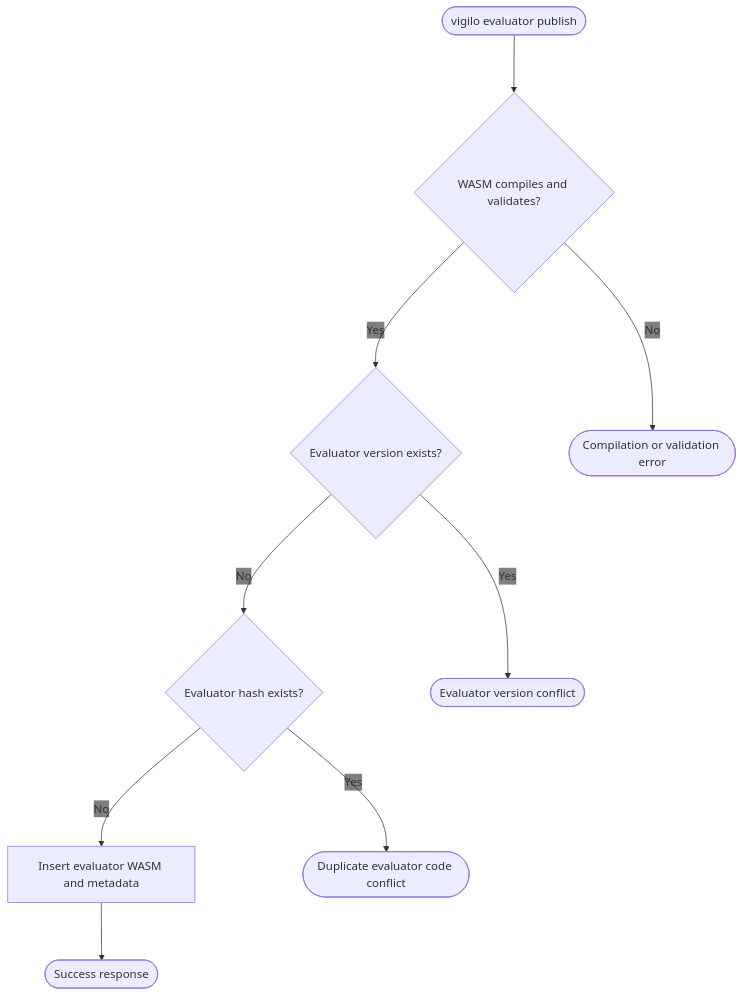
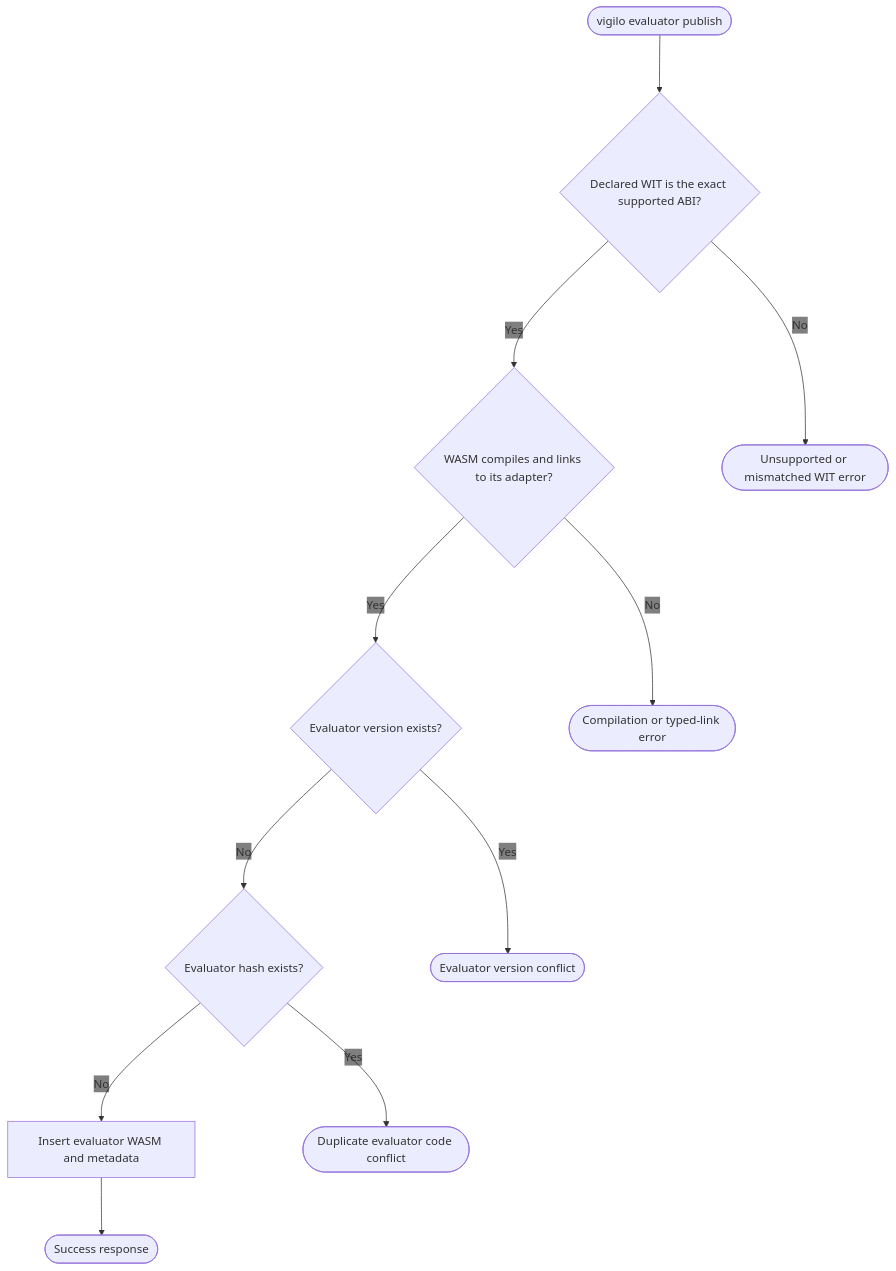
Before and after one commit to gregl83/agent-vigilo: the diagram in web/docs/architecture/flows/evaluators/publish/decision-flow.mmd, drawn with Mermaid. The commit also changed 48 other files, not shown here.

```diff
--- a/web/docs/architecture/flows/evaluators/publish/decision-flow.mmd
+++ b/web/docs/architecture/flows/evaluators/publish/decision-flow.mmd
@@ -1,40 +1,44 @@
 ---
 config:
   flowchart:
     nodeSpacing: 150
     rankSpacing: 80
   themeVariables:
     edgeLabelBackground: 'transparent'
 ---
 flowchart TD
     Start([vigilo evaluator publish])
 
-    Compile{WASM compiles and validates?}
+    Contract{Declared WIT is the exact supported ABI?}
+    Compile{WASM compiles and links to its adapter?}
     Version{Evaluator version exists?}
     Hash{Evaluator hash exists?}
 
     Persist[Insert evaluator WASM and metadata]
 
     Success([Success response])
 
-    CompileFail([Compilation or validation error])
+    ContractFail([Unsupported or mismatched WIT error])
+    CompileFail([Compilation or typed-link error])
     VersionFail([Evaluator version conflict])
     HashFail([Duplicate evaluator code conflict])
 
-    Start --> Compile
+    Start --> Contract
 
+    Contract -- No --> ContractFail
+    Contract -- Yes --> Compile
     Compile -- No --> CompileFail
     Compile -- Yes --> Version
 
     Version -- Yes --> VersionFail
     Version -- No --> Hash
 
     Hash -- Yes --> HashFail
     Hash -- No --> Persist
 
     Persist --> Success
 
     class Start command
     class Success success
     class Compile,Version,Hash,Persist system
     class CompileFail,VersionFail,HashFail error
```
